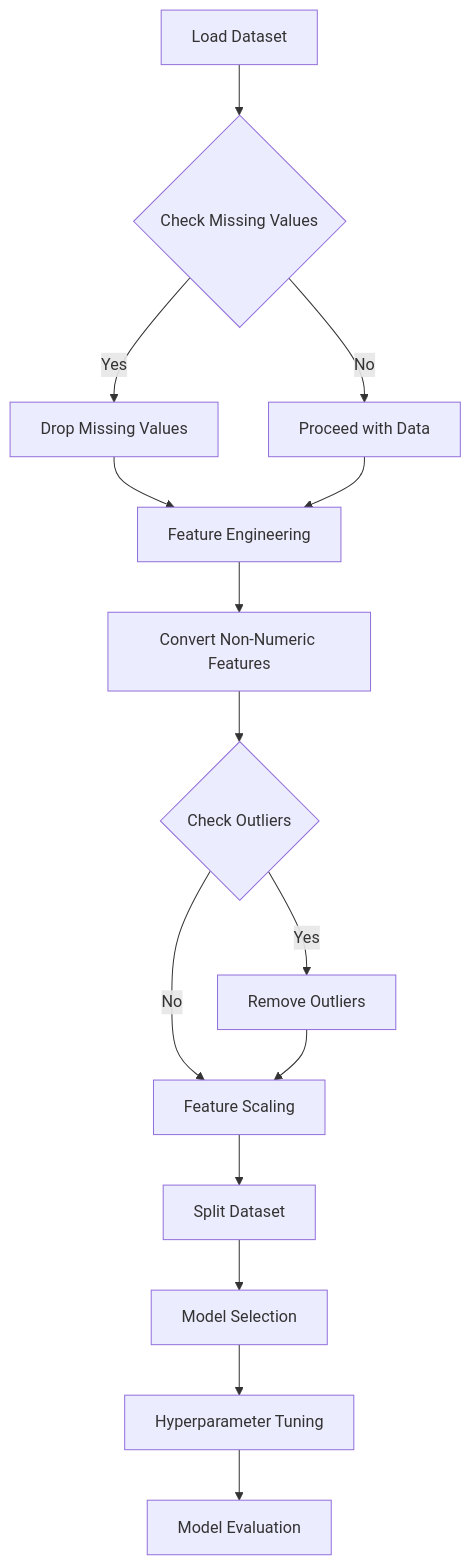
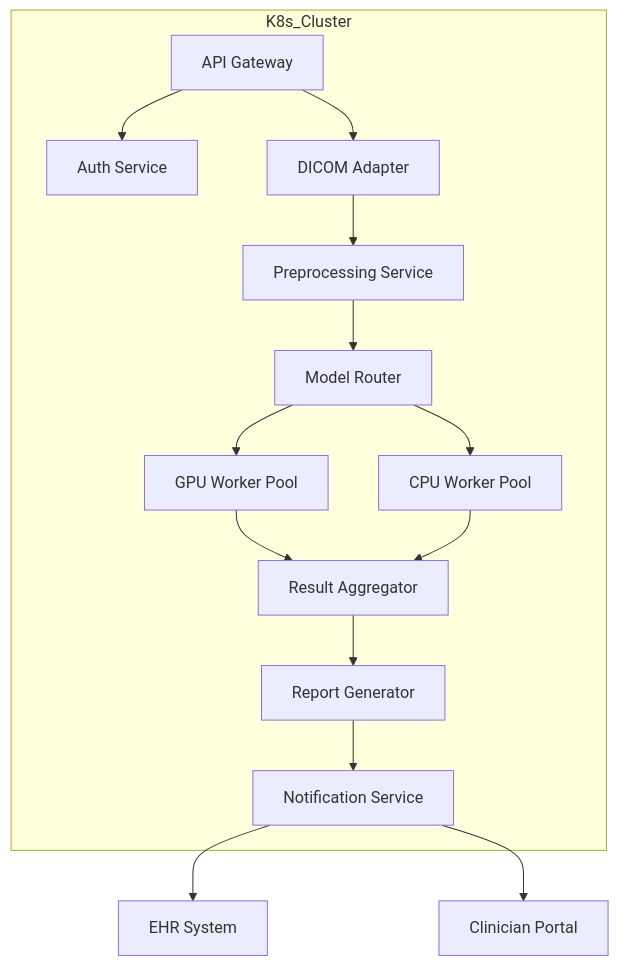
One commit to kknani24/Real-estate-price-prediction changed the fourth of 5 diagrams in README.md. Above: the diagram before and after it, drawn with Mermaid. The commit also changed other lines of this file, not shown here.

````diff
--- a/README.md
+++ b/README.md
@@ -89,17 +198,18 @@
 ```mermaid
 graph TD
-    A[Load Dataset] --> B{Check Missing Values}
-    B -- Yes --> C[Drop Missing Values]
-    B -- No --> D[Proceed with Data]
-    C --> E[Feature Engineering]
-    D --> E
-    E --> F[Convert Non-Numeric Features]
-    F --> G{Check Outliers}
-    G -- Yes --> H[Remove Outliers]
-    G -- No --> I[Feature Scaling]
-    H --> I
-    I --> J[Split Dataset]
-    J --> K[Model Selection]
-    K --> L[Hyperparameter Tuning]
-    L --> M[Model Evaluation]
+    subgraph K8s_Cluster
+        A[API Gateway] --> B[Auth Service]
+        A --> C[DICOM Adapter]
+        C --> D[Preprocessing Service]
+        D --> E[Model Router]
+        E --> F[GPU Worker Pool]
+        E --> G[CPU Worker Pool]
+        F --> H[Result Aggregator]
+        G --> H
+        H --> I[Report Generator]
+        I --> J[Notification Service]
+    end
+    
+    J --> K[EHR System]
+    J --> L[Clinician Portal]
 ```
````
